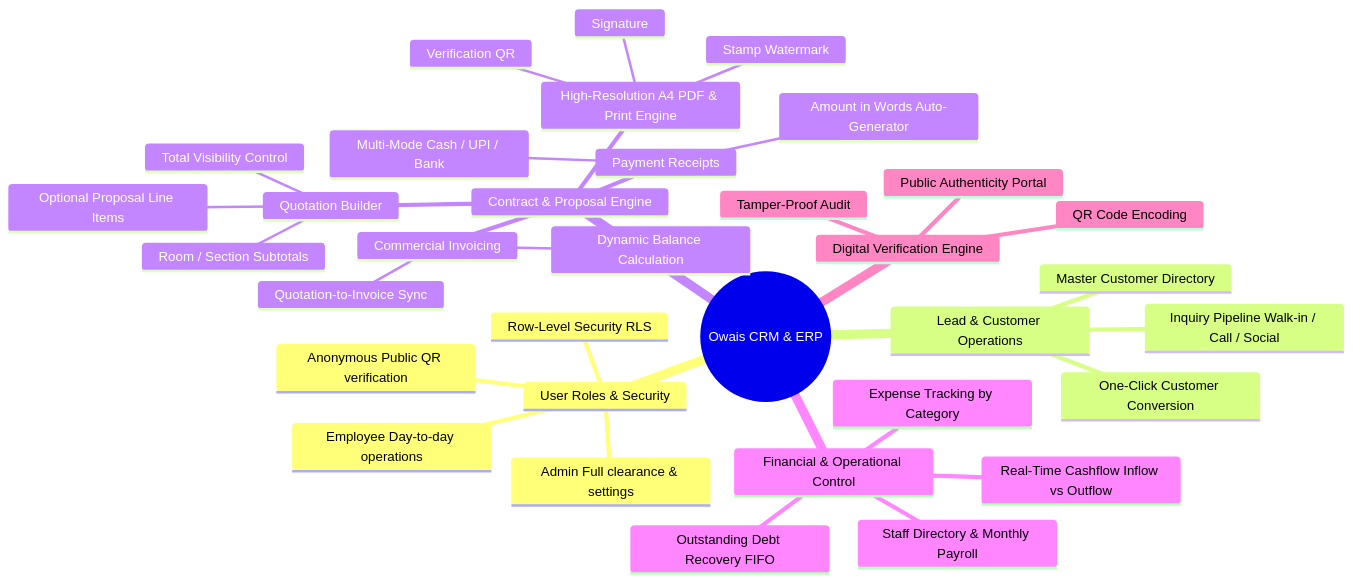
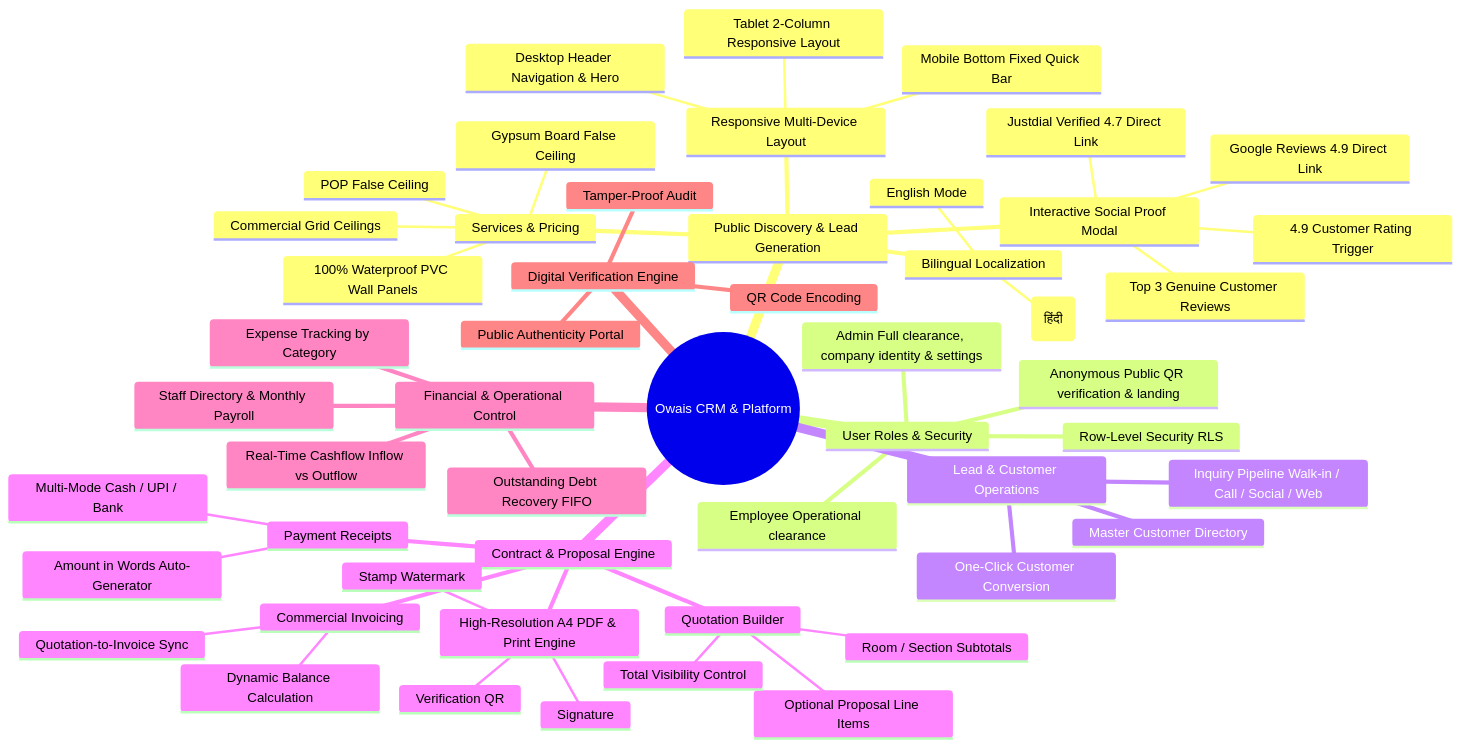
One commit to aiuseonly214-droid/Owaisdesignernashik changed the diagram in prd.md. Above: the diagram before and after it, drawn with Mermaid. The commit also changed other lines of this file and 1 other file, not shown here.

Commit message:
docs: update README.md and prd.md with bilingual toggle, responsive layout, and customer rating modal specs

````diff
--- a/prd.md
+++ b/prd.md
@@ -26,37 +29,55 @@
 ```mermaid
 mindmap
-  root((Owais CRM & ERP))
+  root((Owais CRM & Platform))
+    Public Discovery & Lead Generation
+      Responsive Multi-Device Layout
+        Mobile Bottom Fixed Quick Bar
+        Tablet 2-Column Responsive Layout
+        Desktop Header Navigation & Hero
+      Bilingual Localization
+        English Mode
+        Hindi Mode (हिंदी)
+      Interactive Social Proof Modal
+        4.9 Customer Rating Trigger
+        Google Reviews 4.9 Direct Link
+        Justdial Verified 4.7 Direct Link
+        Top 3 Genuine Customer Reviews
+      Services & Pricing
+        POP False Ceiling
+        100% Waterproof PVC Wall Panels
+        Gypsum Board False Ceiling
+        Commercial Grid Ceilings
     User Roles & Security
-      Admin Full clearance & settings
-      Employee Day-to-day operations
-      Anonymous Public QR verification
+      Admin Full clearance, company identity & settings
+      Employee Operational clearance
+      Anonymous Public QR verification & landing
       Row-Level Security RLS
     Lead & Customer Operations
-      Inquiry Pipeline Walk-in / Call / Social
+      Inquiry Pipeline Walk-in / Call / Social / Web
       One-Click Customer Conversion
       Master Customer Directory
     Contract & Proposal Engine
       Quotation Builder
         Room / Section Subtotals
         Optional Proposal Line Items
         Total Visibility Control
       Commercial Invoicing
         Quotation-to-Invoice Sync
         Dynamic Balance Calculation
       Payment Receipts
         Multi-Mode Cash / UPI / Bank
         Amount in Words Auto-Generator
       High-Resolution A4 PDF & Print Engine
         Stamp Watermark
         Signature
         Verification QR
     Financial & Operational Control
       Outstanding Debt Recovery FIFO
       Expense Tracking by Category
       Staff Directory & Monthly Payroll
       Real-Time Cashflow Inflow vs Outflow
     Digital Verification Engine
       QR Code Encoding
       Public Authenticity Portal
       Tamper-Proof Audit
 ```
````
